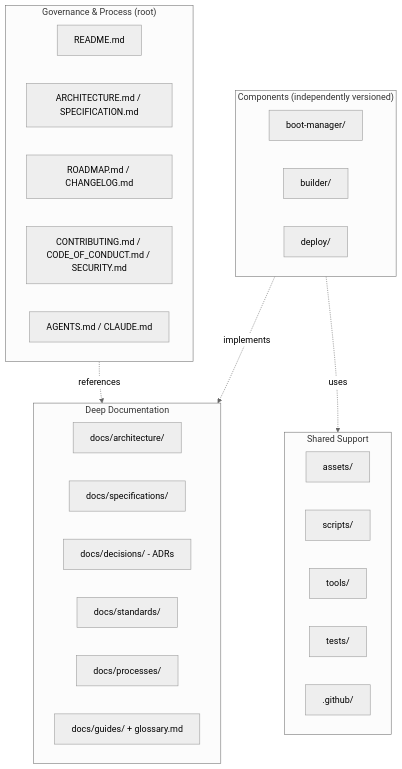
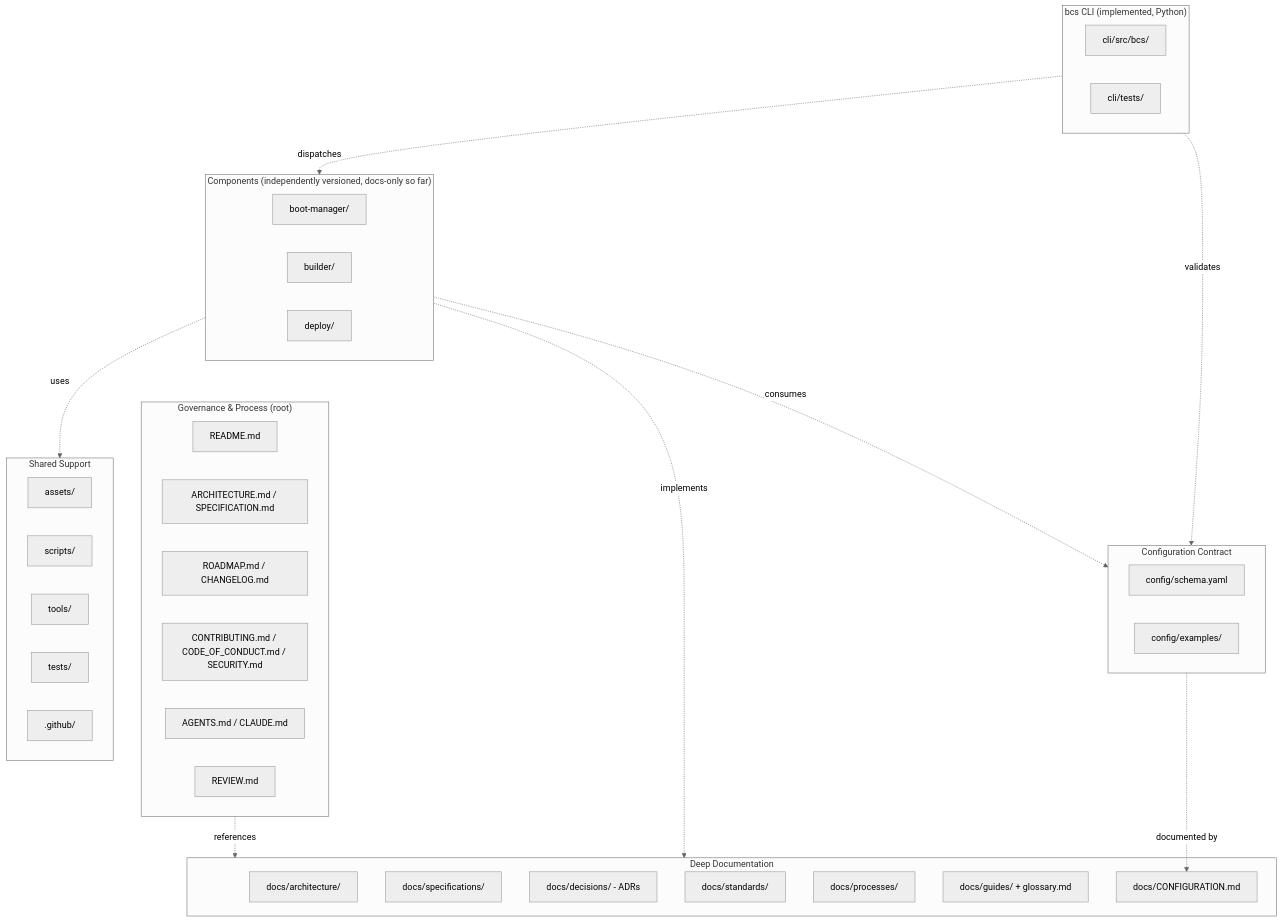
One commit to nino79/batoi-classroom-suite changed the diagram in docs/repository-organization.md. Above: the diagram before and after it, drawn with Mermaid (neutral theme). The commit also changed other lines of this file and 89 other files, not shown here.

````diff
--- a/docs/repository-organization.md
+++ b/docs/repository-organization.md
@@ -9,37 +9,53 @@
 ```mermaid
 flowchart TB
     subgraph Governance["Governance & Process (root)"]
         G1[README.md]
         G2[ARCHITECTURE.md / SPECIFICATION.md]
         G3[ROADMAP.md / CHANGELOG.md]
         G4[CONTRIBUTING.md / CODE_OF_CONDUCT.md / SECURITY.md]
         G5[AGENTS.md / CLAUDE.md]
+        G6[REVIEW.md]
     end
 
-    subgraph Components["Components (independently versioned)"]
+    subgraph Components["Components (independently versioned, docs-only so far)"]
         C1[boot-manager/]
         C2[builder/]
         C3[deploy/]
+    end
+
+    subgraph CLIImpl["bcs CLI (implemented, Python)"]
+        CLI1[cli/src/bcs/]
+        CLI2[cli/tests/]
+    end
+
+    subgraph Contract["Configuration Contract"]
+        CF1[config/schema.yaml]
+        CF2[config/examples/]
     end
 
     subgraph Knowledge["Deep Documentation"]
         D1[docs/architecture/]
         D2[docs/specifications/]
         D3[docs/decisions/ - ADRs]
         D4[docs/standards/]
         D5[docs/processes/]
         D6[docs/guides/ + glossary.md]
+        D7[docs/CONFIGURATION.md]
     end
 
     subgraph Support["Shared Support"]
         S1[assets/]
         S2[scripts/]
         S3[tools/]
         S4[tests/]
         S5[.github/]
     end
 
     Governance -.references.-> Knowledge
     Components -.implements.-> Knowledge
     Components -.uses.-> Support
+    Components -.consumes.-> Contract
+    Contract -.documented by.-> D7
+    CLIImpl -.dispatches.-> Components
+    CLIImpl -.validates.-> Contract
 ```
````
